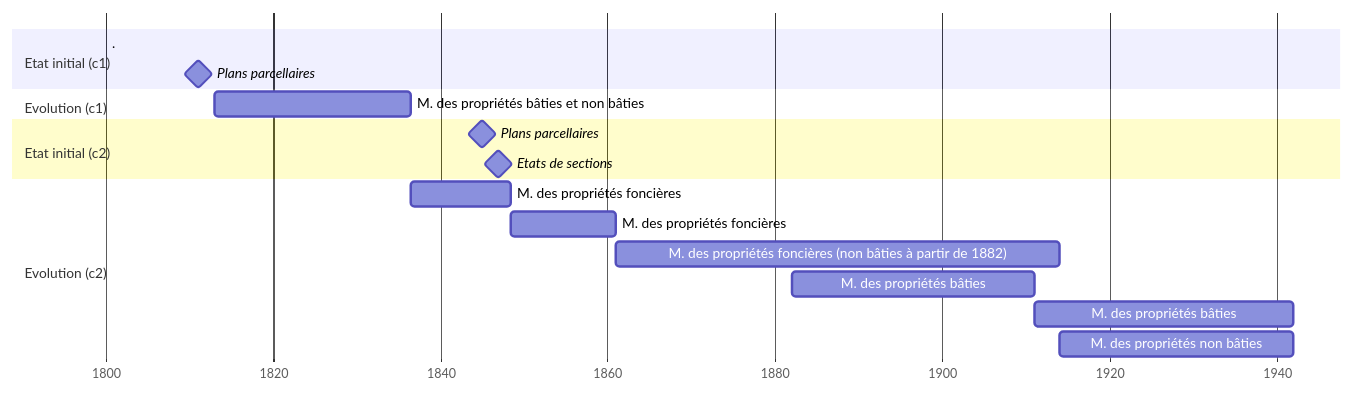
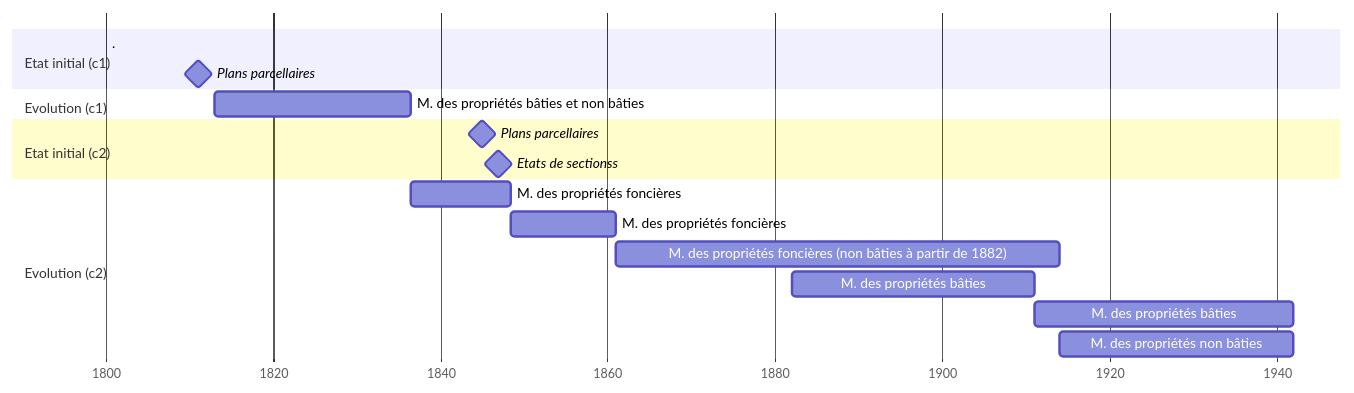
Before and after one commit to solenn-tl/cadastre-sfo: the second of 4 diagrams in slides/p1.qmd, drawn with Mermaid. The commit also changed other lines of this file and 289 other files, not shown here.

````diff
--- a/slides/p1.qmd
+++ b/slides/p1.qmd
@@ -234,25 +215,25 @@
 ```{mermaid}
 gantt
     dateFormat YYYY-MM-DD
     axisFormat %Y
     tickInterval 10year
 
     section Etat initial (c1)
     .                          :debut, 1800-01-01, 0d
     Plans parcellaires         :milestone, plan, 1811-01-01, 0d
 
     section Evolution (c1)
     M. des propriétés bâties et non bâties :mat1, 1813-01-01, 1836-06-30
 
     section Etat initial (c2)
     Plans parcellaires       :milestone, plan2, 1845-01-01, 0d
-    Etats de sections          :milestone, etat2, 1847-01-01, 0d
+    Etats de sectionss          :milestone, etat2, 1847-01-01, 0d
 
     section Evolution (c2)
     M. des propriétés foncières :mat2, 1836-07-01, 1848-06-30
     M. des propriétés foncières :mat3, 1848-07-01, 1860-12-31
     M. des propriétés foncières (non bâties à partir de 1882)      :mat4, 1861-01-01, 1913-12-31
     M. des propriétés bâties                              :mat5, 1882-01-01, 1910-12-31
     M. des propriétés bâties                                  :mat6, 1911-01-01, 1941-12-31
     M. des propriétés non bâties                                  :mat7, 1914-01-01, 1941-12-31
 ```
````
